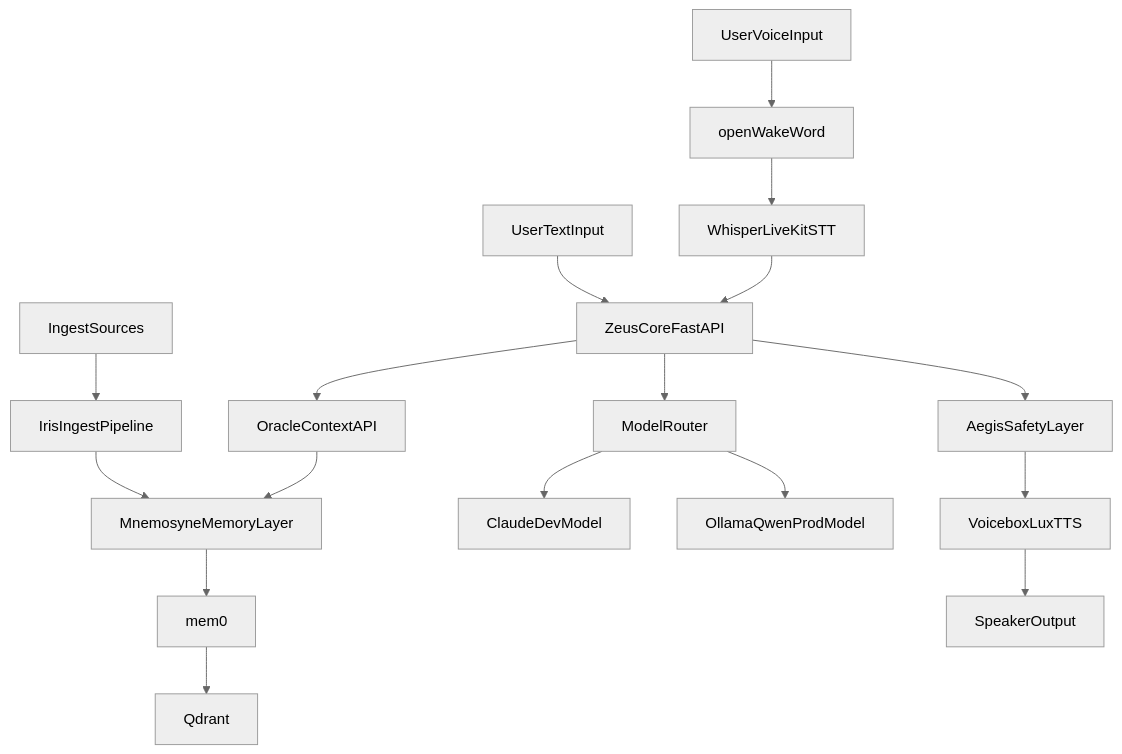
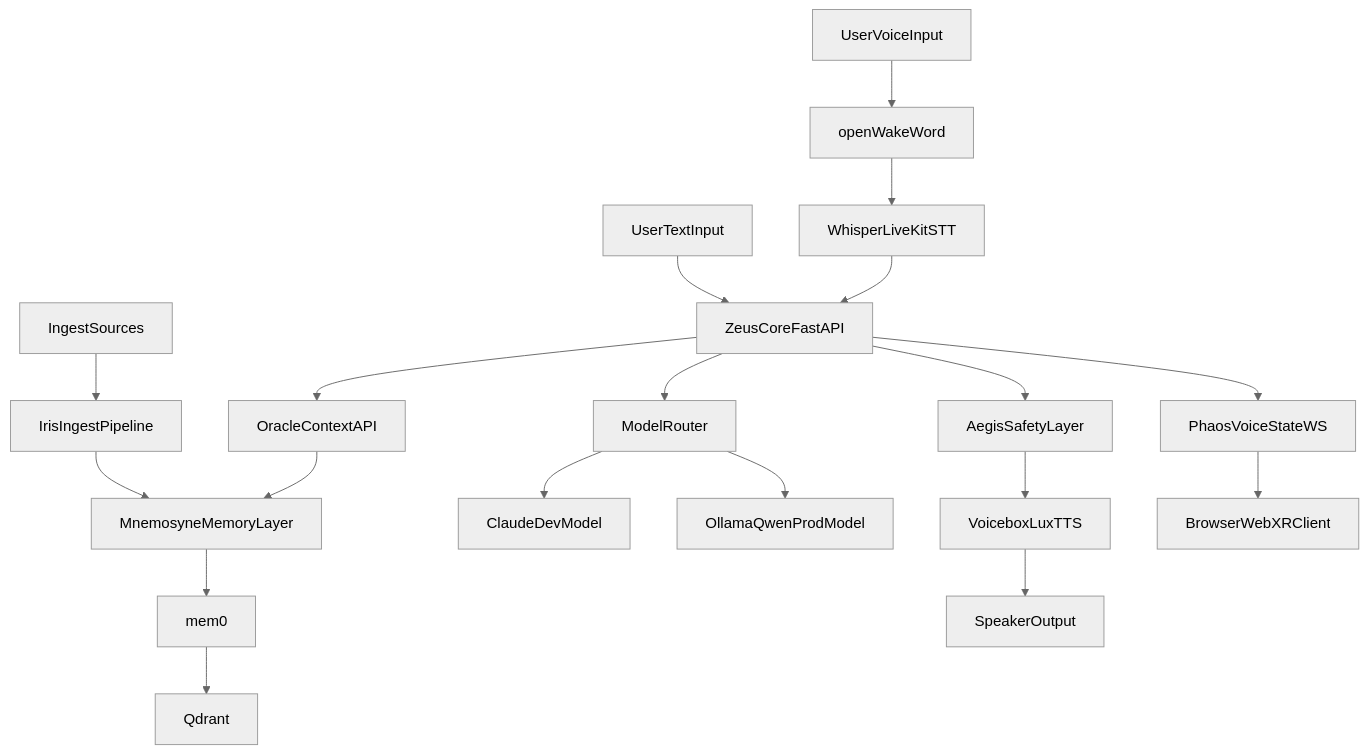
One commit to Lawrence908/zeus changed the first of 3 diagrams in zeus/docs/architecture.md. Above: the diagram before and after it, drawn with Mermaid (neutral theme). The commit also changed other lines of this file and 5 other files, not shown here.

````diff
--- a/zeus/docs/architecture.md
+++ b/zeus/docs/architecture.md
@@ -7,23 +7,26 @@
 ```mermaid
 flowchart TD
   userVoice["UserVoiceInput"] --> wakeWord["openWakeWord"]
   wakeWord --> stt["WhisperLiveKitSTT"]
   stt --> coreApi["ZeusCoreFastAPI"]
   userText["UserTextInput"] --> coreApi
 
   coreApi --> oracleApi["OracleContextAPI"]
   oracleApi --> memoryLayer["MnemosyneMemoryLayer"]
   memoryLayer --> mem0["mem0"]
   mem0 --> qdrant["Qdrant"]
 
   coreApi --> llmRouter["ModelRouter"]
   llmRouter --> devModel["ClaudeDevModel"]
   llmRouter --> prodModel["OllamaQwenProdModel"]
 
   coreApi --> safetyLayer["AegisSafetyLayer"]
   safetyLayer --> tts["VoiceboxLuxTTS"]
   tts --> speaker["SpeakerOutput"]
 
+  coreApi --> phaosWs["PhaosVoiceStateWS"]
+  phaosWs --> browserViz["BrowserWebXRClient"]
+
   ingestSources["IngestSources"] --> iris["IrisIngestPipeline"]
   iris --> memoryLayer
 ```
````
